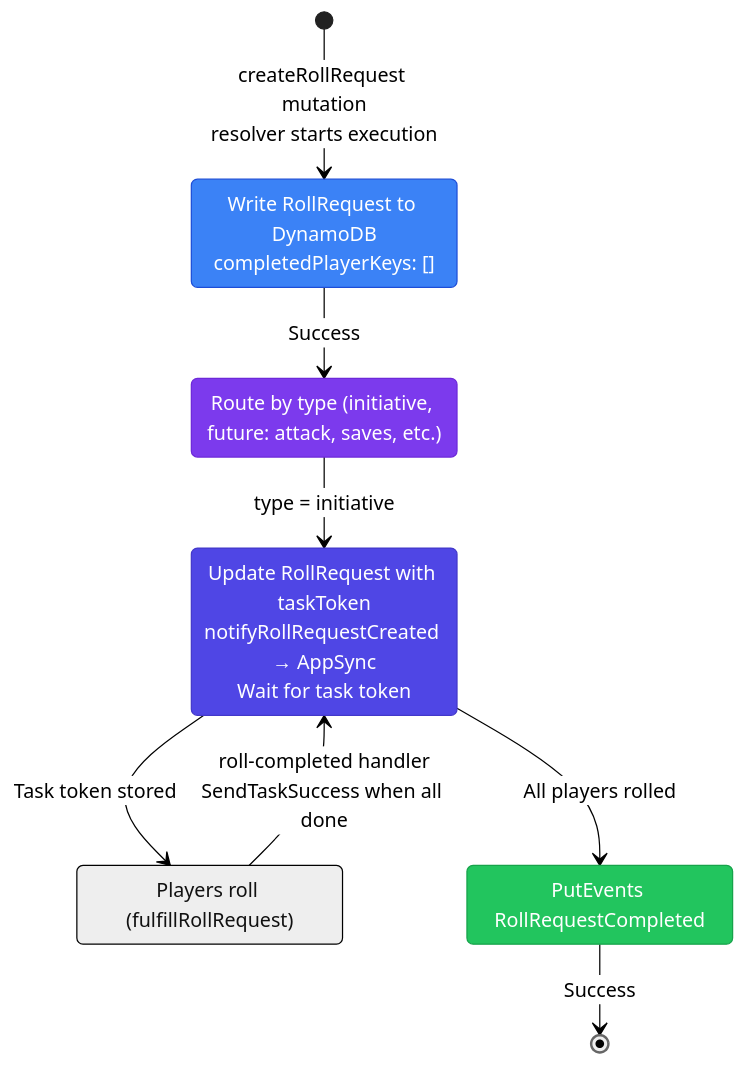
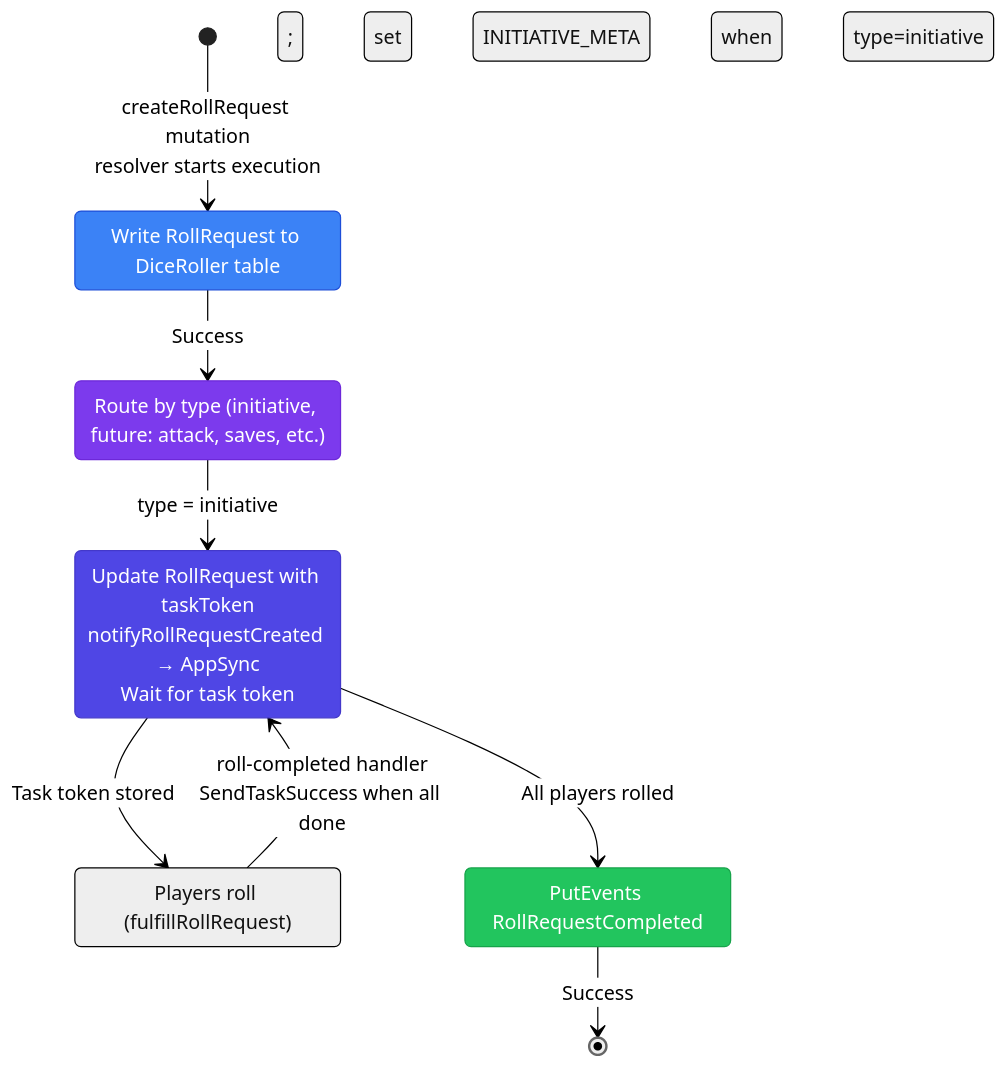
The second of 2 diagrams in docs/architecture.md (Puzzlebottom/puzzlebottom-tabletop-tools), drawn with Mermaid (neutral theme) before and after one commit. The commit also changed other lines of this file and 74 other files, not shown here.

First line of the commit message:
feat(schema): align schema with codebase, move to modules, publish* mutations

````diff
--- a/docs/architecture.md
+++ b/docs/architecture.md
@@ -149,28 +149,28 @@
 ```mermaid
 stateDiagram-v2
     [*] --> PersistRollRequest: createRollRequest mutation<br/>resolver starts execution
 
-    PersistRollRequest: Write RollRequest to DynamoDB<br/>completedPlayerKeys: []
+    PersistRollRequest: Write RollRequest to DiceRoller table; set INITIATIVE_META when type=initiative
 
     PersistRollRequest --> ChoiceByType: Success
 
     ChoiceByType: Route by type (initiative, future: attack, saves, etc.)
 
     ChoiceByType --> InitiativeCreateHandler: type = initiative
 
     InitiativeCreateHandler: Update RollRequest with taskToken<br/>notifyRollRequestCreated → AppSync<br/>Wait for task token
 
     state "Players roll (fulfillRollRequest)" as Players
     InitiativeCreateHandler --> Players: Task token stored
     Players --> InitiativeCreateHandler: roll-completed handler<br/>SendTaskSuccess when all done
 
     PublishRollRequestCompleted: PutEvents RollRequestCompleted
 
     InitiativeCreateHandler --> PublishRollRequestCompleted: All players rolled
     PublishRollRequestCompleted --> [*]: Success
 
     style PersistRollRequest fill:#3b82f6,stroke:#1d4ed8,color:#fff
     style ChoiceByType fill:#7c3aed,stroke:#6d28d9,color:#fff
     style InitiativeCreateHandler fill:#4f46e5,stroke:#4338ca,color:#fff
     style PublishRollRequestCompleted fill:#22c55e,stroke:#16a34a,color:#fff
 ```
````
